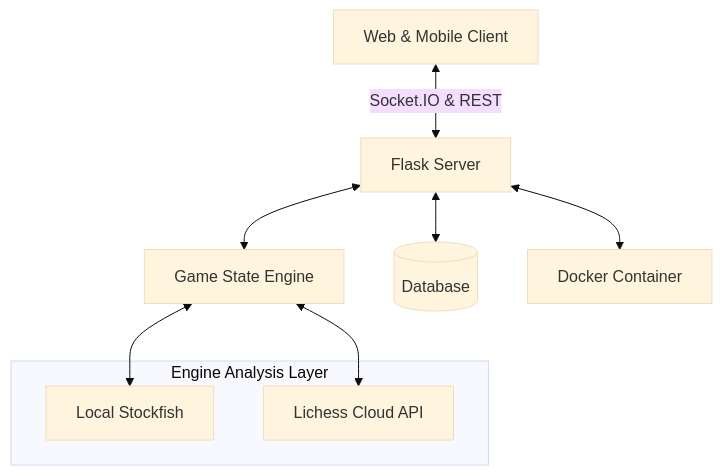
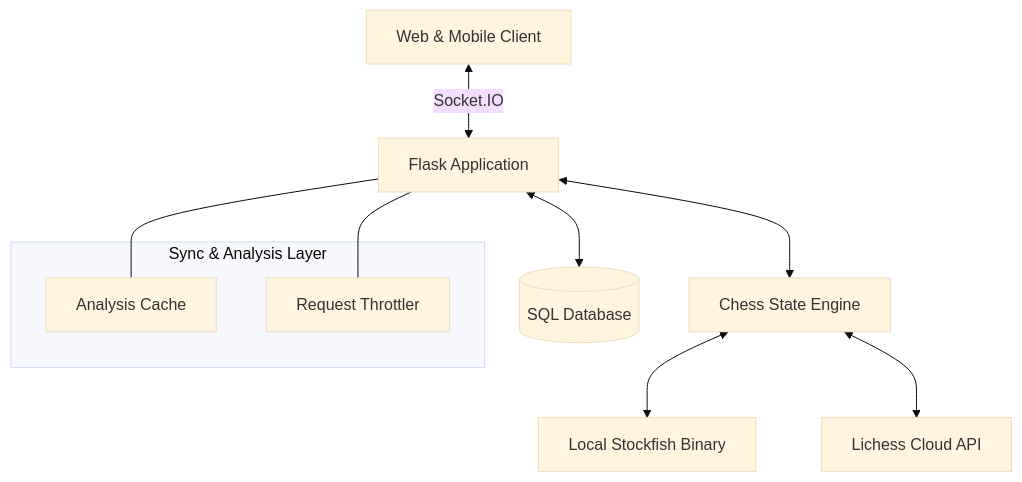
Before and after one commit to PHENOGRAMMER/GrandMaster: the diagram in README.md, drawn with Mermaid (base theme). The commit also changed other lines of this file, not shown here.

````diff
--- a/README.md
+++ b/README.md
@@ -136,14 +130,16 @@
 ```mermaid
 graph TD
-    A[Web & Mobile Client] <-->|Socket.IO & REST| B[Flask Server]
-    B <--> C[Game State Engine]
-    B <--> D[(Database)]
-    B <--> G[Docker Container]
-    C <--> E[Local Stockfish]
+    A[Web & Mobile Client] <-->|Socket.IO| B[Flask Application]
+    B <--> C[Chess State Engine]
+    B <--> D[(SQL Database)]
+    C <--> E[Local Stockfish Binary]
     C <--> F[Lichess Cloud API]
     
-    subgraph "Engine Analysis Layer"
-    E
-    F
+    subgraph "Sync & Analysis Layer"
+    G[Analysis Cache]
+    H[Request Throttler]
     end
+    
+    B --- G
+    B --- H
 ```
````
